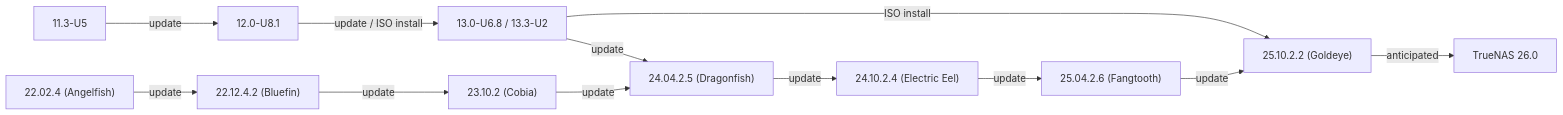
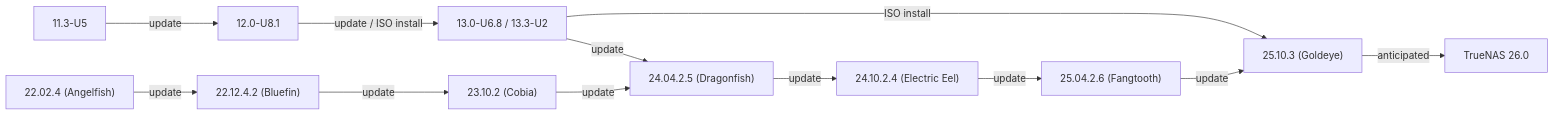
One commit to truenas/documentation changed the first of 2 diagrams in static/includes/SCALEUpgradePaths.md. Above: the diagram before and after it, drawn with Mermaid. The commit also changed other lines of this file and 8 other files, not shown here.

```diff
--- a/static/includes/SCALEUpgradePaths.md
+++ b/static/includes/SCALEUpgradePaths.md
@@ -21,15 +21,15 @@
             {{< mermaid class="mermaid_sizing" >}}
             flowchart LR
               A["11.3-U5"] -->|update| B["12.0-U8.1"]
               B -->|"update / ISO install"| C["13.0-U6.8 / 13.3-U2"]
               C -->|update| G
               C -->|ISO install| J
               D["22.02.4 (Angelfish)"] -->|update| E
               E["22.12.4.2 (Bluefin)"] -->|update| F
               F["23.10.2 (Cobia)"] -->|update| G
               G["24.04.2.5 (Dragonfish)"] -->|update| H
               H["24.10.2.4 (Electric Eel)"] -->|update| I
               I["25.04.2.6 (Fangtooth)"] -->|update| J
-              J["25.10.2.2 (Goldeye)"] -->|"anticipated"| K
+              J["25.10.3 (Goldeye)"] -->|"anticipated"| K
               K["TrueNAS 26.0"]
             {{< /mermaid >}}
```
